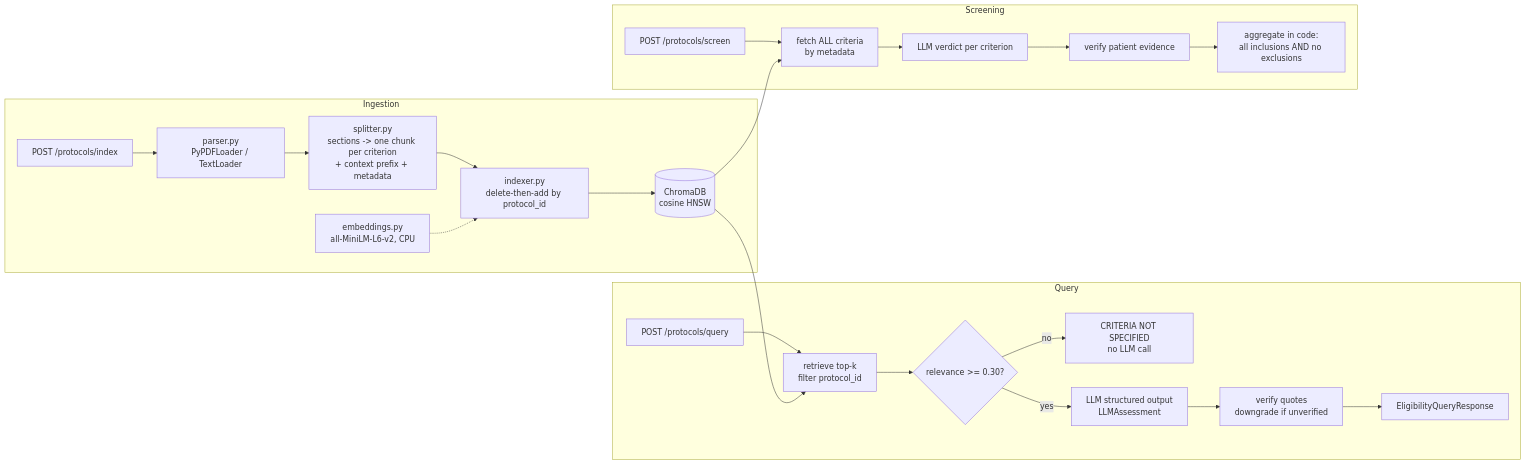
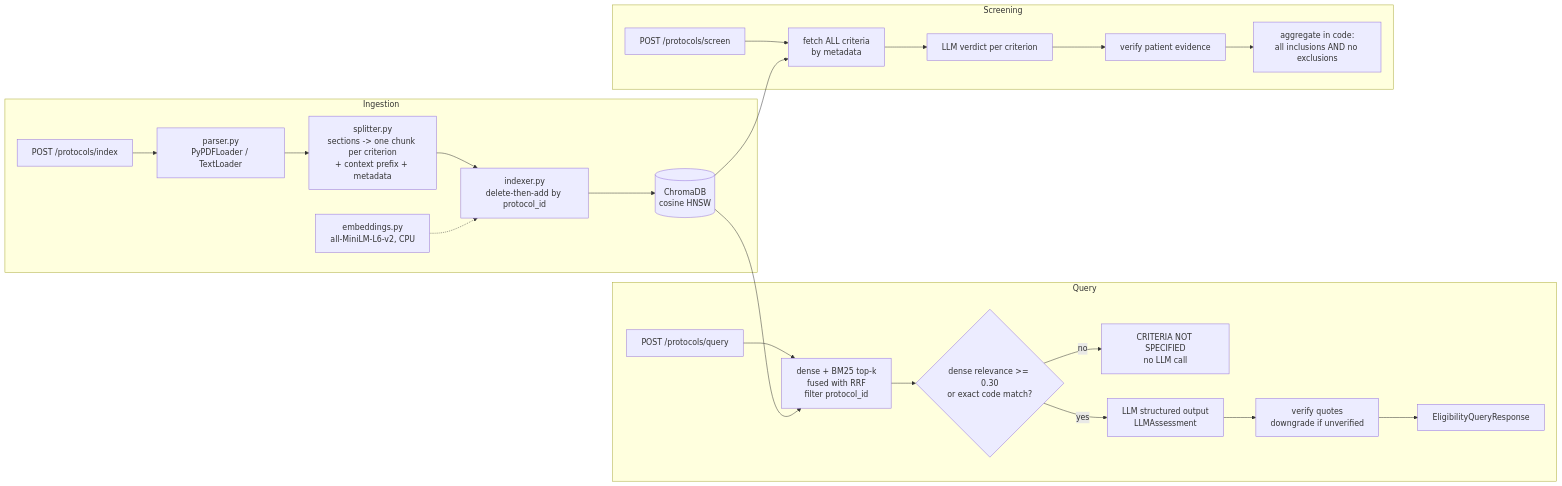
One commit to kaustubh2708/Clinical-Trial-RAG changed the diagram in README.md. Above: the diagram before and after it, drawn with Mermaid. The commit also changed other lines of this file and 11 other files, not shown here.

````diff
--- a/README.md
+++ b/README.md
@@ -24,26 +27,26 @@
 ```mermaid
 flowchart LR
     subgraph Ingestion
         U[POST /protocols/index] --> P[parser.py<br/>PyPDFLoader / TextLoader]
         P --> S[splitter.py<br/>sections -> one chunk per criterion<br/>+ context prefix + metadata]
         S --> I[indexer.py<br/>delete-then-add by protocol_id]
         I --> C[(ChromaDB<br/>cosine HNSW)]
         E[embeddings.py<br/>all-MiniLM-L6-v2, CPU] -.-> I
     end
     subgraph Query
-        Q[POST /protocols/query] --> R[retrieve top-k<br/>filter protocol_id]
+        Q[POST /protocols/query] --> R[dense + BM25 top-k<br/>fused with RRF<br/>filter protocol_id]
         C --> R
-        R --> G{relevance >= 0.30?}
+        R --> G{dense relevance >= 0.30<br/>or exact code match?}
         G -- no --> A[CRITERIA NOT SPECIFIED<br/>no LLM call]
         G -- yes --> L[LLM structured output<br/>LLMAssessment]
         L --> V[verify quotes<br/>downgrade if unverified]
         V --> O[EligibilityQueryResponse]
     end
     subgraph Screening
         SC[POST /protocols/screen] --> AC[fetch ALL criteria<br/>by metadata]
         C --> AC
         AC --> LV[LLM verdict per criterion]
         LV --> VE[verify patient evidence]
         VE --> AG[aggregate in code:<br/>all inclusions AND no exclusions]
     end
 ```
````
